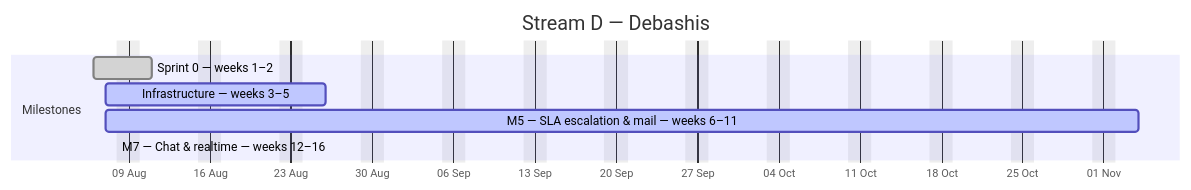
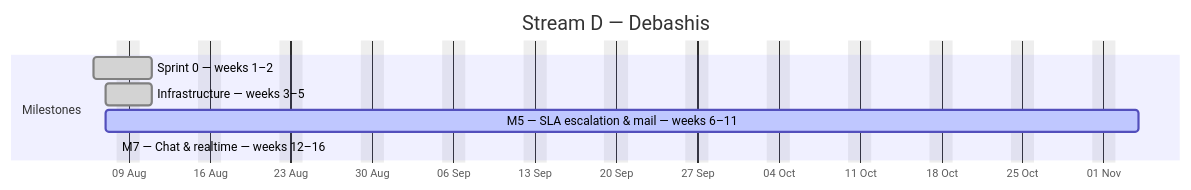
The fourth of 4 diagrams in docs/plan/GANTT.md (debashisedunext/EduTrack), drawn with Mermaid before and after one commit. The commit also changed other lines of this file and 3 other files, not shown here.

````diff
--- a/docs/plan/GANTT.md
+++ b/docs/plan/GANTT.md
@@ -169,12 +169,12 @@
 ```mermaid
 gantt
     dateFormat YYYY-MM-DD
     axisFormat %d %b
     title Stream D — Debashis
     excludes weekends
     section Milestones
     Sprint 0 — weeks 1–2 :done, d0, 2026-08-06, 3d
-    Infrastructure — weeks 3–5 :active, d1, 2026-08-07, 13d
+    Infrastructure — weeks 3–5 :done, d1, 2026-08-07, 2d
     M5 — SLA  escalation & mail — weeks 6–11 :active, d2, 2026-08-07, 63d
     M7 — Chat & realtime — weeks 12–16 :active, d3, 2026-08-08, -14d
 ```
````
